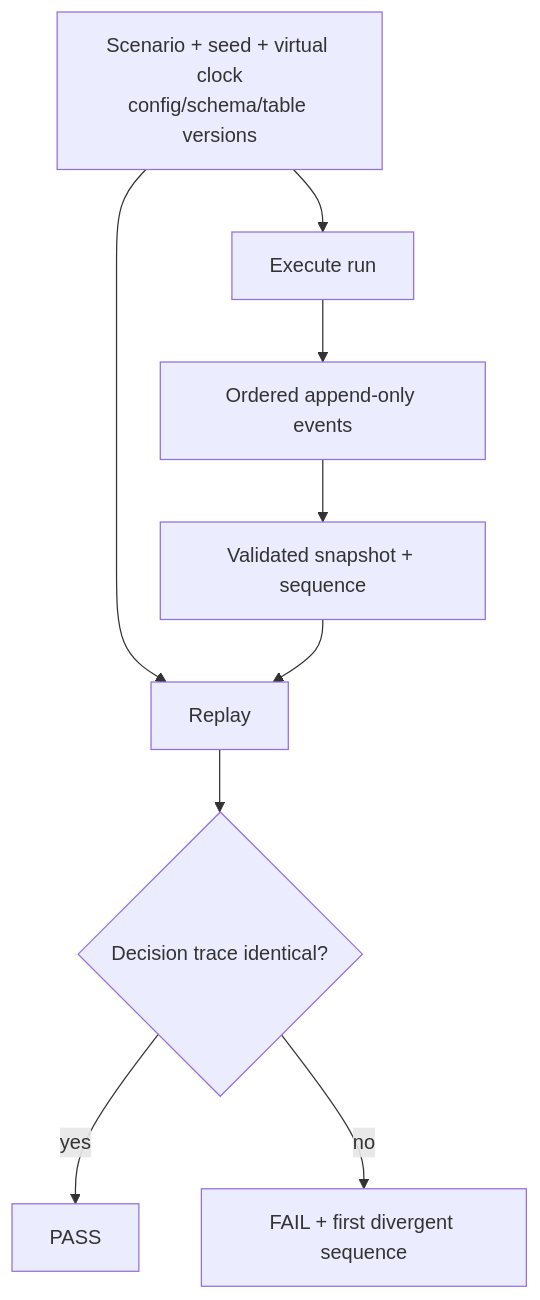
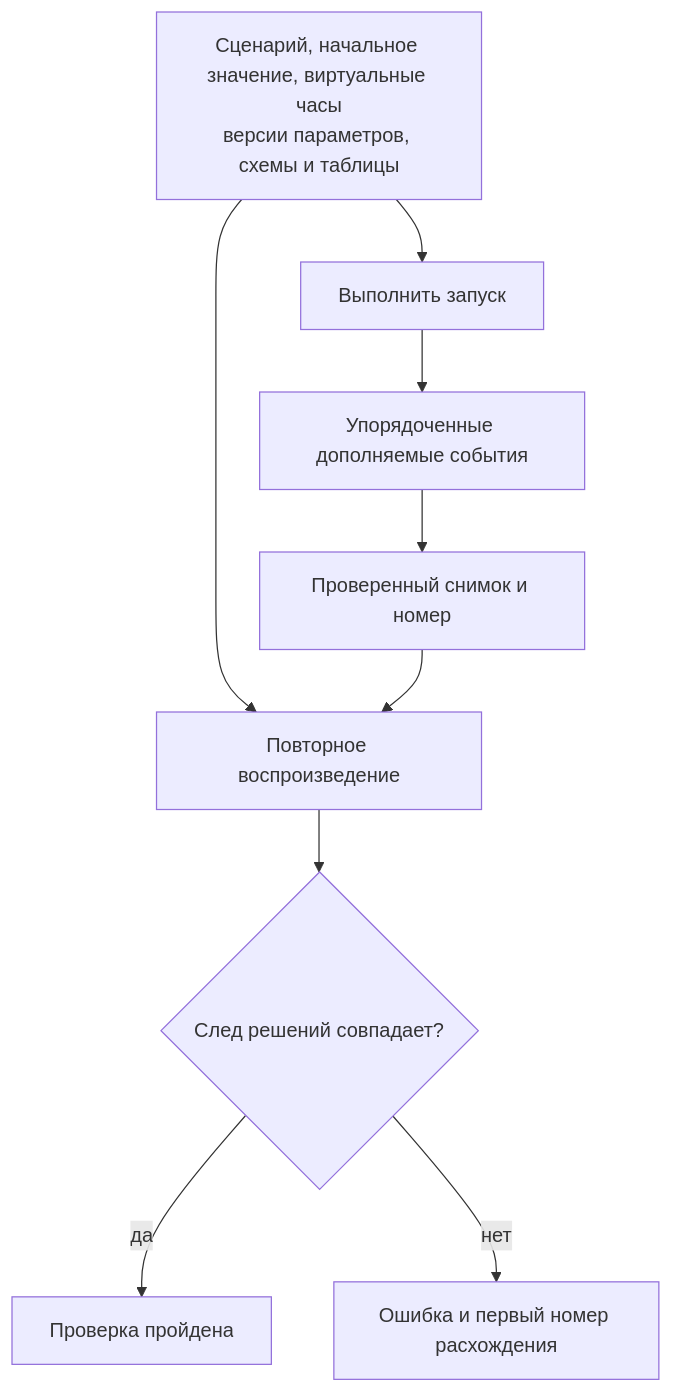
Before and after one commit to k4hr/secfly: the fourth of 4 diagrams in docs/diagrams/architecture.md, drawn with Mermaid. The commit also changed other lines of this file and 137 other files, not shown here.

````diff
--- a/docs/diagrams/architecture.md
+++ b/docs/diagrams/architecture.md
@@ -110,11 +110,11 @@
 ```mermaid
 flowchart TD
-    Inputs["Scenario + seed + virtual clock\nconfig/schema/table versions"] --> Execute["Execute run"]
-    Execute --> Events["Ordered append-only events"]
-    Events --> Snapshot["Validated snapshot + sequence"]
-    Inputs --> Replay["Replay"]
+    Inputs["Сценарий, начальное значение, виртуальные часы\nверсии параметров, схемы и таблицы"] --> Execute["Выполнить запуск"]
+    Execute --> Events["Упорядоченные дополняемые события"]
+    Events --> Snapshot["Проверенный снимок и номер"]
+    Inputs --> Replay["Повторное воспроизведение"]
     Snapshot --> Replay
-    Replay --> Compare{"Decision trace identical?"}
-    Compare -->|"yes"| Pass["PASS"]
-    Compare -->|"no"| Fail["FAIL + first divergent sequence"]
+    Replay --> Compare{"След решений совпадает?"}
+    Compare -->|"да"| Pass["Проверка пройдена"]
+    Compare -->|"нет"| Fail["Ошибка и первый номер расхождения"]
 ```
````
